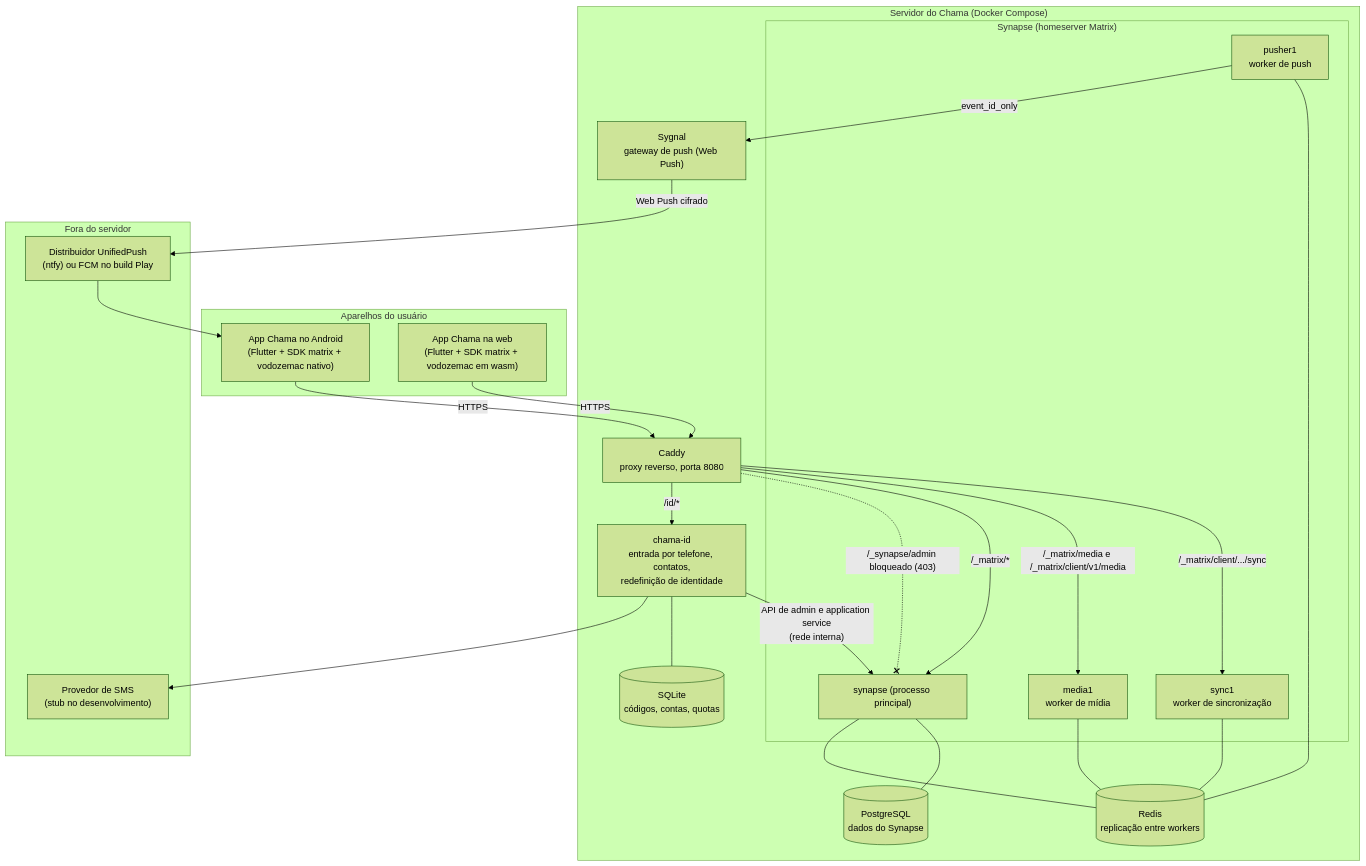
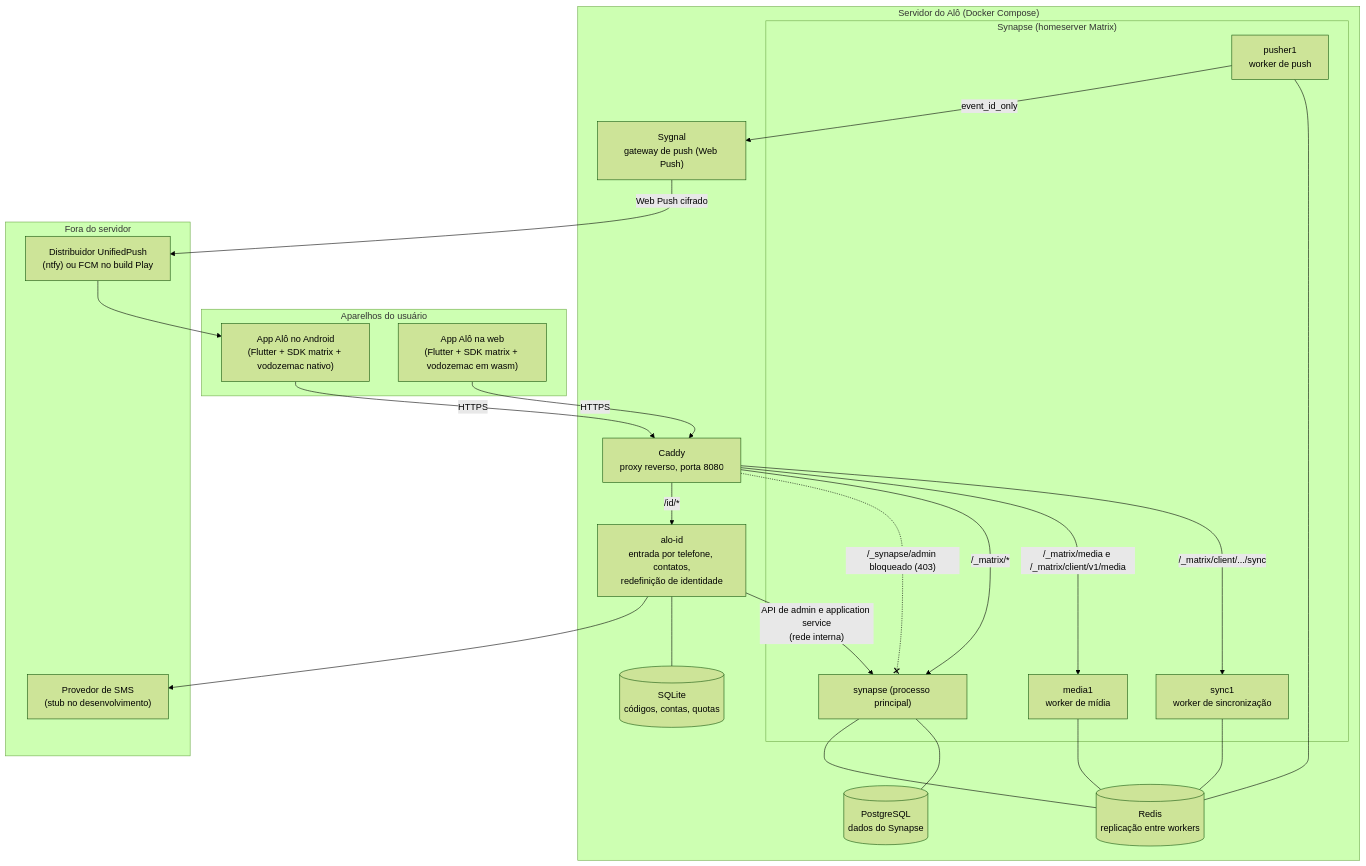
Before and after one commit to kaiomp/alo: the first of 8 diagrams in docs/design/2026-10-24-architecture.md, drawn with Mermaid (forest theme). The commit also changed other lines of this file and 153 other files, not shown here.

First line of the commit message:
Rename chama to alo across code, packages, server and docs

````diff
--- a/docs/design/2026-10-24-architecture.md
+++ b/docs/design/2026-10-24-architecture.md
@@ -96,46 +96,46 @@
 ```mermaid
 flowchart TB
     subgraph clientes["Aparelhos do usuário"]
-        android["App Chama no Android<br/>(Flutter + SDK matrix + vodozemac nativo)"]
-        web["App Chama na web<br/>(Flutter + SDK matrix + vodozemac em wasm)"]
+        android["App Alô no Android<br/>(Flutter + SDK matrix + vodozemac nativo)"]
+        web["App Alô na web<br/>(Flutter + SDK matrix + vodozemac em wasm)"]
     end
 
-    subgraph servidor["Servidor do Chama (Docker Compose)"]
+    subgraph servidor["Servidor do Alô (Docker Compose)"]
         caddy["Caddy<br/>proxy reverso, porta 8080"]
         subgraph synapse_grp["Synapse (homeserver Matrix)"]
             main["synapse (processo principal)"]
             sync1["sync1<br/>worker de sincronização"]
             media1["media1<br/>worker de mídia"]
             pusher1["pusher1<br/>worker de push"]
         end
-        chamaid["chama-id<br/>entrada por telefone, contatos,<br/>redefinição de identidade"]
+        aloid["alo-id<br/>entrada por telefone, contatos,<br/>redefinição de identidade"]
         pg[("PostgreSQL<br/>dados do Synapse")]
         redis[("Redis<br/>replicação entre workers")]
         sqlite[("SQLite<br/>códigos, contas, quotas")]
         sygnal["Sygnal<br/>gateway de push (Web Push)"]
     end
 
     subgraph push_ext["Fora do servidor"]
         dist["Distribuidor UnifiedPush<br/>(ntfy) ou FCM no build Play"]
         sms["Provedor de SMS<br/>(stub no desenvolvimento)"]
     end
 
     android -- HTTPS --> caddy
     web -- HTTPS --> caddy
     caddy -- "/_matrix/client/.../sync" --> sync1
     caddy -- "/_matrix/media e /_matrix/client/v1/media" --> media1
     caddy -- "/_matrix/*" --> main
-    caddy -- "/id/*" --> chamaid
+    caddy -- "/id/*" --> aloid
     caddy -. "/_synapse/admin bloqueado (403)" .-x main
     main --- pg
     main --- redis
     sync1 --- redis
     media1 --- redis
     pusher1 --- redis
-    chamaid -- "API de admin e application service<br/>(rede interna)" --> main
-    chamaid --- sqlite
-    chamaid --> sms
+    aloid -- "API de admin e application service<br/>(rede interna)" --> main
+    aloid --- sqlite
+    aloid --> sms
     pusher1 -- "event_id_only" --> sygnal
     sygnal -- "Web Push cifrado" --> dist
     dist --> android
 ```
````
